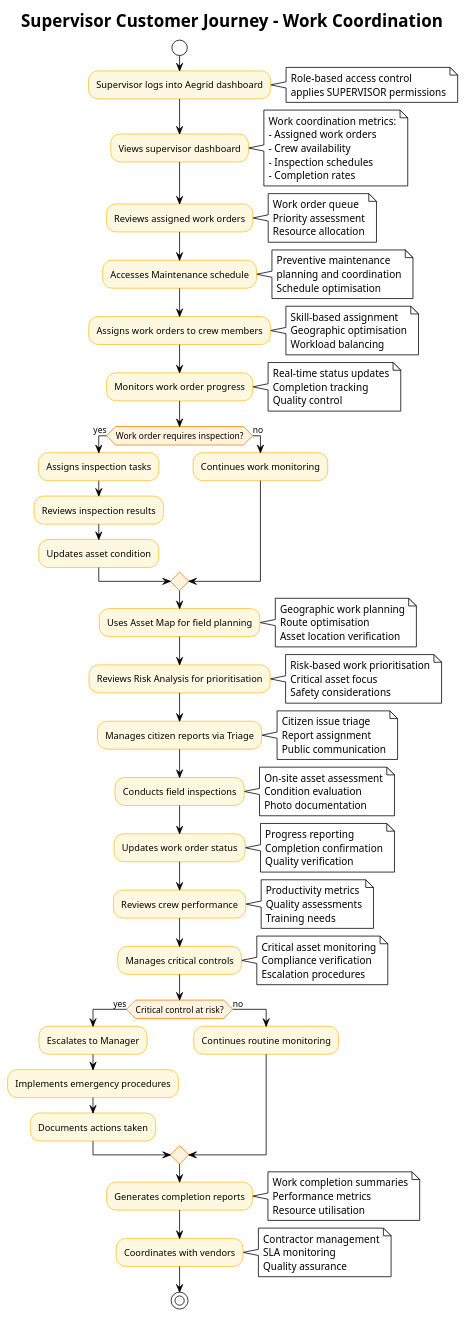
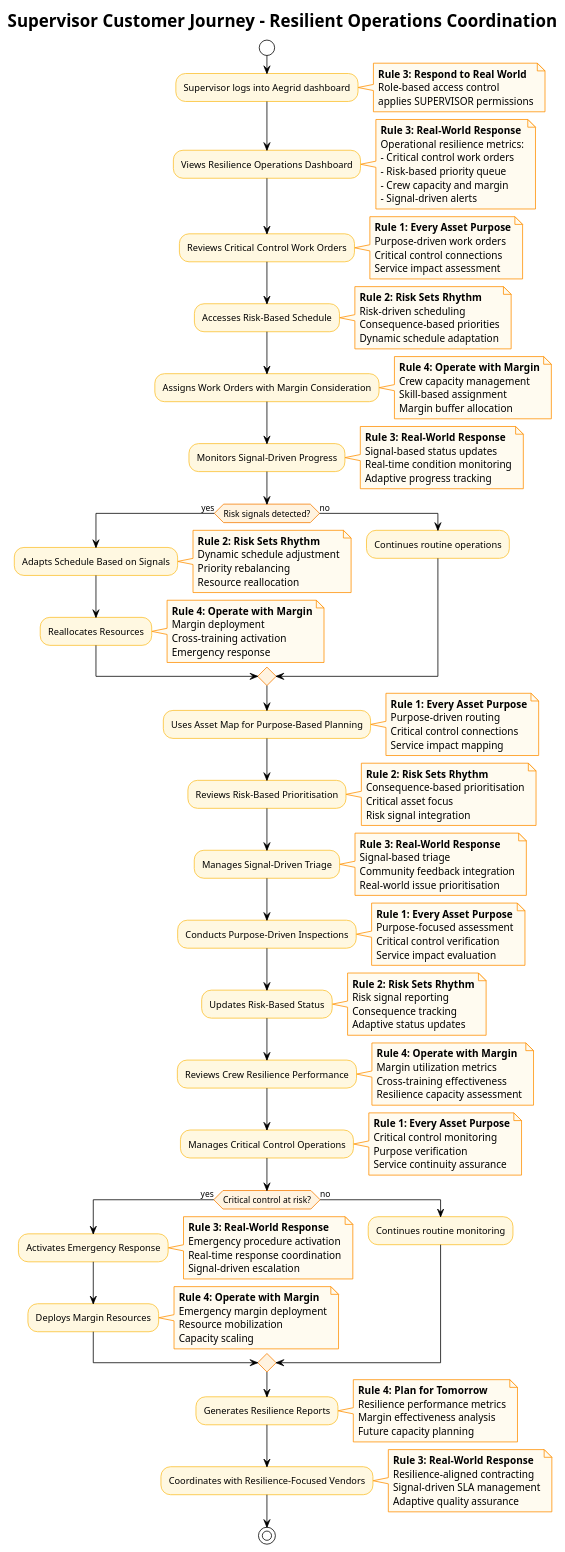
One commit to Duds/CouncilWorks changed the diagram in docs/architecture/customer-journeys/supervisor-journey.puml. Above: the diagram before and after it, drawn with PlantUML. The commit also changed 37 other files, not shown here.

First line of the commit message:
feat: enhance customer journeys and fix PlantUML syntax

```diff
--- a/docs/architecture/customer-journeys/supervisor-journey.puml
+++ b/docs/architecture/customer-journeys/supervisor-journey.puml
@@ -1,82 +1,89 @@
-@startuml Supervisor Customer Journey
+@startuml Supervisor Customer Journey - Resilient Operations Coordination
 !theme plain
 skinparam backgroundColor #FFFFFF
 skinparam activity {
   BackgroundColor #FFF8E1
   BorderColor #FBC02D
   FontColor #000000
 }
 skinparam activityDiamond {
   BackgroundColor #FFF3E0
   BorderColor #F57C00
   FontColor #000000
 }
+skinparam note {
+  BackgroundColor #FFFBF0
+  BorderColor #FF8F00
+  FontColor #000000
+}
 
-title Supervisor Customer Journey - Work Coordination
+title Supervisor Customer Journey - Resilient Operations Coordination
 
 start
 
 :Supervisor logs into Aegrid dashboard;
-note right: Role-based access control\napplies SUPERVISOR permissions
+note right: **Rule 3: Respond to Real World**\nRole-based access control\napplies SUPERVISOR permissions
 
-:Views supervisor dashboard;
-note right: Work coordination metrics:\n- Assigned work orders\n- Crew availability\n- Inspection schedules\n- Completion rates
+:Views Resilience Operations Dashboard;
+note right: **Rule 3: Real-World Response**\nOperational resilience metrics:\n- Critical control work orders\n- Risk-based priority queue\n- Crew capacity and margin\n- Signal-driven alerts
 
-:Reviews assigned work orders;
-note right: Work order queue\nPriority assessment\nResource allocation
+:Reviews Critical Control Work Orders;
+note right: **Rule 1: Every Asset Purpose**\nPurpose-driven work orders\nCritical control connections\nService impact assessment
 
-:Accesses Maintenance schedule;
-note right: Preventive maintenance\nplanning and coordination\nSchedule optimisation
+:Accesses Risk-Based Schedule;
+note right: **Rule 2: Risk Sets Rhythm**\nRisk-driven scheduling\nConsequence-based priorities\nDynamic schedule adaptation
 
-:Assigns work orders to crew members;
-note right: Skill-based assignment\nGeographic optimisation\nWorkload balancing
+:Assigns Work Orders with Margin Consideration;
+note right: **Rule 4: Operate with Margin**\nCrew capacity management\nSkill-based assignment\nMargin buffer allocation
 
-:Monitors work order progress;
-note right: Real-time status updates\nCompletion tracking\nQuality control
+:Monitors Signal-Driven Progress;
+note right: **Rule 3: Real-World Response**\nSignal-based status updates\nReal-time condition monitoring\nAdaptive progress tracking
 
-if (Work order requires inspection?) then (yes)
-  :Assigns inspection tasks;
-  :Reviews inspection results;
-  :Updates asset condition;
+if (Risk signals detected?) then (yes)
+  :Adapts Schedule Based on Signals;
+  note right: **Rule 2: Risk Sets Rhythm**\nDynamic schedule adjustment\nPriority rebalancing\nResource reallocation
+  :Reallocates Resources;
+  note right: **Rule 4: Operate with Margin**\nMargin deployment\nCross-training activation\nEmergency response
 else (no)
-  :Continues work monitoring;
+  :Continues routine operations;
 endif
 
-:Uses Asset Map for field planning;
-note right: Geographic work planning\nRoute optimisation\nAsset location verification
+:Uses Asset Map for Purpose-Based Planning;
+note right: **Rule 1: Every Asset Purpose**\nPurpose-driven routing\nCritical control connections\nService impact mapping
 
-:Reviews Risk Analysis for prioritisation;
-note right: Risk-based work prioritisation\nCritical asset focus\nSafety considerations
+:Reviews Risk-Based Prioritisation;
+note right: **Rule 2: Risk Sets Rhythm**\nConsequence-based prioritisation\nCritical asset focus\nRisk signal integration
 
-:Manages citizen reports via Triage;
-note right: Citizen issue triage\nReport assignment\nPublic communication
+:Manages Signal-Driven Triage;
+note right: **Rule 3: Real-World Response**\nSignal-based triage\nCommunity feedback integration\nReal-world issue prioritisation
 
-:Conducts field inspections;
-note right: On-site asset assessment\nCondition evaluation\nPhoto documentation
+:Conducts Purpose-Driven Inspections;
+note right: **Rule 1: Every Asset Purpose**\nPurpose-focused assessment\nCritical control verification\nService impact evaluation
 
-:Updates work order status;
-note right: Progress reporting\nCompletion confirmation\nQuality verification
+:Updates Risk-Based Status;
+note right: **Rule 2: Risk Sets Rhythm**\nRisk signal reporting\nConsequence tracking\nAdaptive status updates
 
-:Reviews crew performance;
-note right: Productivity metrics\nQuality assessments\nTraining needs
+:Reviews Crew Resilience Performance;
+note right: **Rule 4: Operate with Margin**\nMargin utilization metrics\nCross-training effectiveness\nResilience capacity assessment
 
-:Manages critical controls;
-note right: Critical asset monitoring\nCompliance verification\nEscalation procedures
+:Manages Critical Control Operations;
+note right: **Rule 1: Every Asset Purpose**\nCritical control monitoring\nPurpose verification\nService continuity assurance
 
 if (Critical control at risk?) then (yes)
-  :Escalates to Manager;
-  :Implements emergency procedures;
-  :Documents actions taken;
+  :Activates Emergency Response;
+  note right: **Rule 3: Real-World Response**\nEmergency procedure activation\nReal-time response coordination\nSignal-driven escalation
+  :Deploys Margin Resources;
+  note right: **Rule 4: Operate with Margin**\nEmergency margin deployment\nResource mobilization\nCapacity scaling
 else (no)
   :Continues routine monitoring;
 endif
 
-:Generates completion reports;
-note right: Work completion summaries\nPerformance metrics\nResource utilisation
+:Generates Resilience Reports;
+note right: **Rule 4: Plan for Tomorrow**\nResilience performance metrics\nMargin effectiveness analysis\nFuture capacity planning
 
-:Coordinates with vendors;
-note right: Contractor management\nSLA monitoring\nQuality assurance
+:Coordinates with Resilience-Focused Vendors;
+note right: **Rule 3: Real-World Response**\nResilience-aligned contracting\nSignal-driven SLA management\nAdaptive quality assurance
 
 stop
 
 @enduml
```
